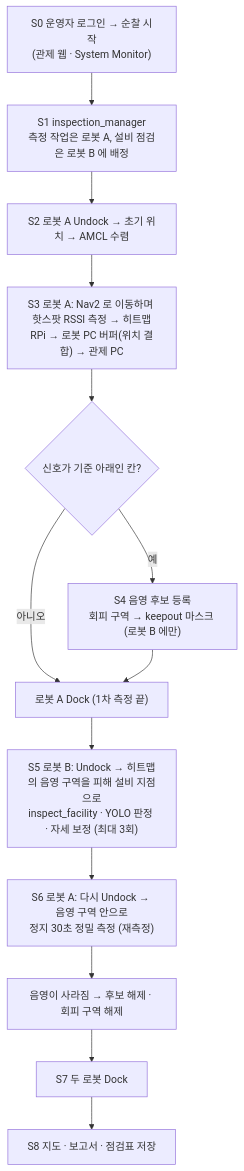
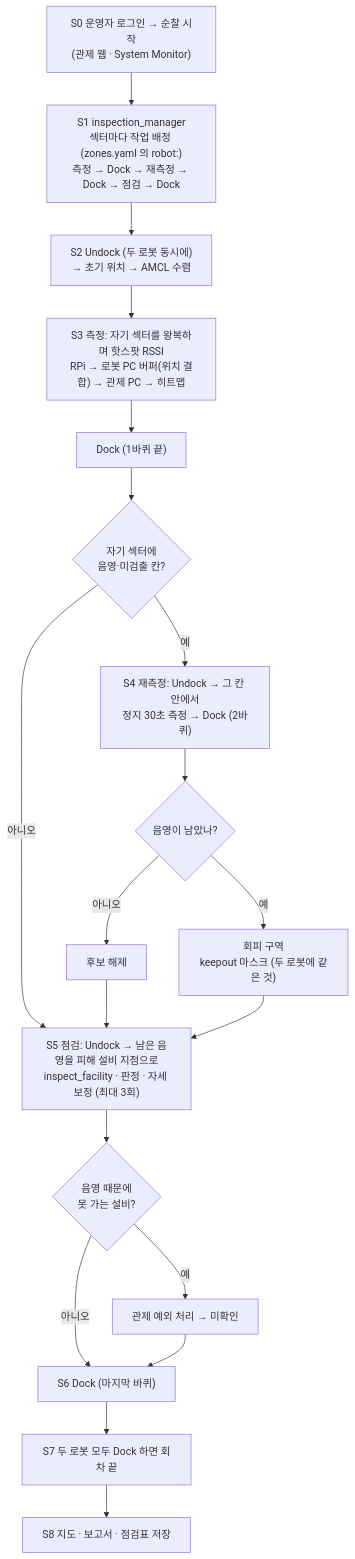
Before and after one commit to HJAE99/B_0102_Final_Project-archive: the first of 4 diagrams in docs/deliverables/process_flow.md, drawn with Mermaid. The commit also changed other lines of this file and 9 other files, not shown here.

````diff
--- a/docs/deliverables/process_flow.md
+++ b/docs/deliverables/process_flow.md
@@ -22,15 +20,21 @@
 ```mermaid
 flowchart TD
-  S0["S0 운영자 로그인 → 순찰 시작<br>(관제 웹 · System Monitor)"] --> S1["S1 inspection_manager<br>측정 작업은 로봇 A, 설비 점검은 로봇 B 에 배정"]
-  S1 --> S2["S2 로봇 A Undock → 초기 위치 → AMCL 수렴"]
-  S2 --> S3["S3 로봇 A: Nav2 로 이동하며 핫스팟 RSSI 측정 → 히트맵<br>RPi → 로봇 PC 버퍼(위치 결합) → 관제 PC"]
-  S3 --> Q1{"신호가 기준 아래인 칸?"}
-  Q1 -- 예 --> S4["S4 음영 후보 등록<br>회피 구역 → keepout 마스크 (로봇 B 에만)"]
-  Q1 -- 아니오 --> D1
-  S4 --> D1["로봇 A Dock (1차 측정 끝)"]
-  D1 --> S5["S5 로봇 B: Undock → 히트맵의 음영 구역을 피해 설비 지점으로<br>inspect_facility · YOLO 판정 · 자세 보정 (최대 3회)"]
-  S5 --> S6["S6 로봇 A: 다시 Undock → 음영 구역 안으로<br>정지 30초 정밀 측정 (재측정)"]
-  S6 --> R1["음영이 사라짐 → 후보 해제 · 회피 구역 해제"]
-  R1 --> S7["S7 두 로봇 Dock"]
+  S0["S0 운영자 로그인 → 순찰 시작<br>(관제 웹 · System Monitor)"] --> S1["S1 inspection_manager<br>섹터마다 작업 배정 (zones.yaml 의 robot:)<br>측정 → Dock → 재측정 → Dock → 점검 → Dock"]
+  S1 --> S2["S2 Undock (두 로봇 동시에)<br>→ 초기 위치 → AMCL 수렴"]
+  S2 --> S3["S3 측정: 자기 섹터를 왕복하며 핫스팟 RSSI<br>RPi → 로봇 PC 버퍼(위치 결합) → 관제 PC → 히트맵"]
+  S3 --> D1["Dock (1바퀴 끝)"]
+  D1 --> Q1{"자기 섹터에<br>음영·미검출 칸?"}
+  Q1 -- 예 --> S4["S4 재측정: Undock → 그 칸 안에서<br>정지 30초 측정 → Dock (2바퀴)"]
+  Q1 -- 아니오 --> S5
+  S4 --> Q2{"음영이 남았나?"}
+  Q2 -- 아니오 --> R1["후보 해제"]
+  Q2 -- 예 --> M1["회피 구역<br>keepout 마스크 (두 로봇에 같은 것)"]
+  R1 --> S5
+  M1 --> S5["S5 점검: Undock → 남은 음영을 피해 설비 지점으로<br>inspect_facility · 판정 · 자세 보정 (최대 3회)"]
+  S5 --> Q3{"음영 때문에<br>못 가는 설비?"}
+  Q3 -- 예 --> E1["관제 예외 처리 → 미확인"]
+  Q3 -- 아니오 --> S6
+  E1 --> S6["S6 Dock (마지막 바퀴)"]
+  S6 --> S7["S7 두 로봇 모두 Dock 하면 회차 끝"]
   S7 --> S8["S8 지도 · 보고서 · 점검표 저장"]
 ```
````
